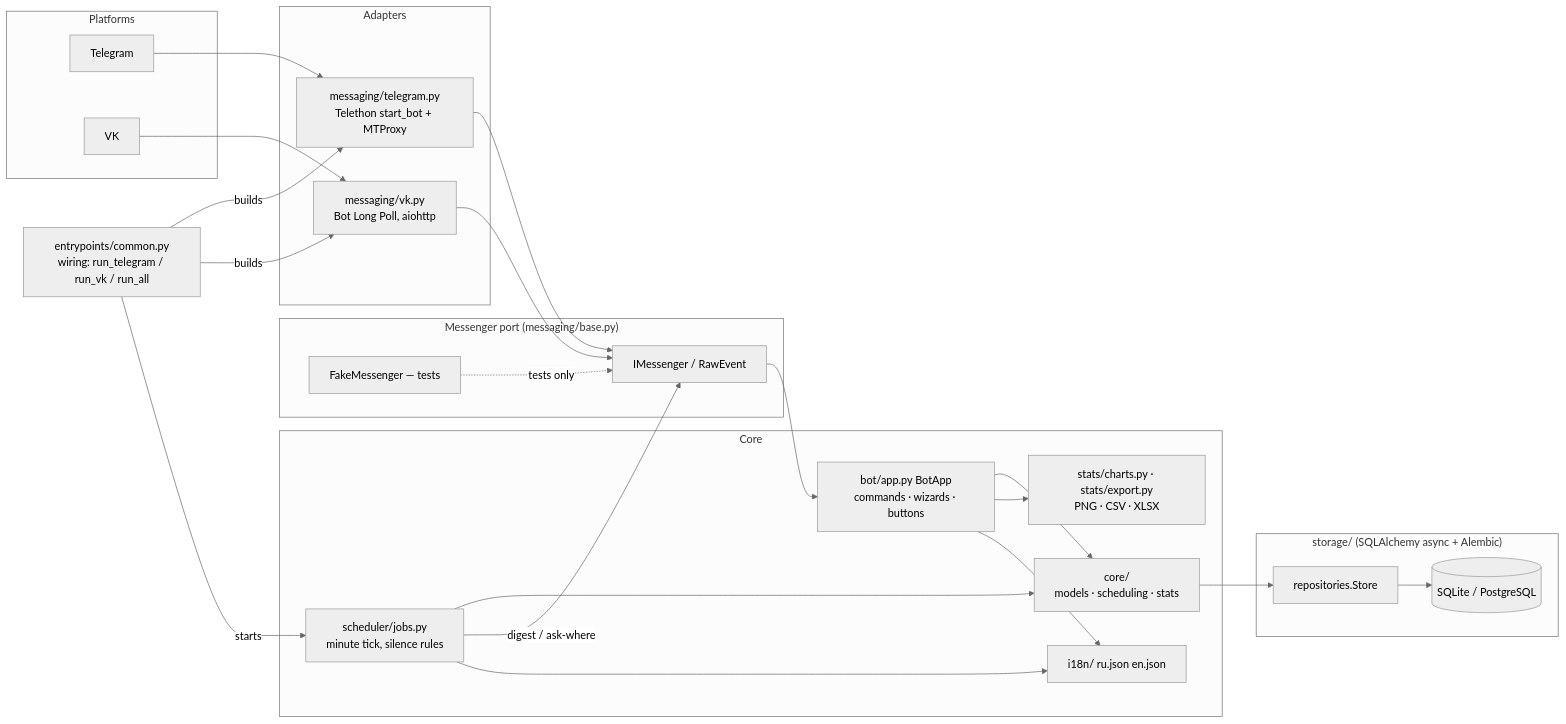
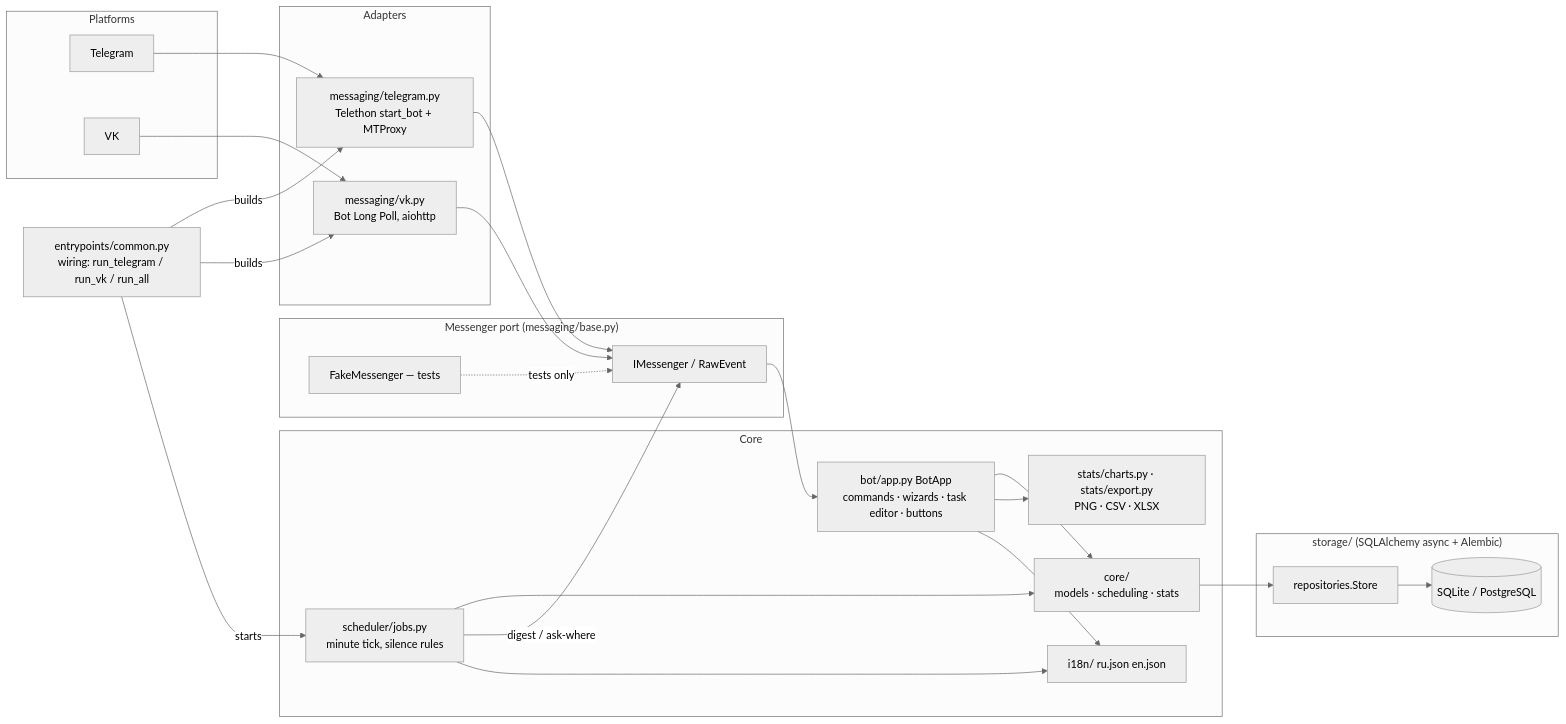
Before and after one commit to edombek/taskshed: the diagram in README.md, drawn with Mermaid (neutral theme). The commit also changed other lines of this file and 16 other files, not shown here.

First line of the commit message:
feat(bot): task editor with per-field editing and past/recurring tabs

````diff
--- a/README.md
+++ b/README.md
@@ -99,46 +104,46 @@
 ```mermaid
 graph LR
     subgraph Platforms
         TG[Telegram]
         VK[VK]
     end
 
     subgraph Adapters
         TGA[messaging/telegram.py<br/>Telethon start_bot + MTProxy]
         VKA[messaging/vk.py<br/>Bot Long Poll, aiohttp]
     end
 
     EP[entrypoints/common.py<br/>wiring: run_telegram / run_vk / run_all]
 
     subgraph Port["Messenger port (messaging/base.py)"]
         P[IMessenger / RawEvent]
         FAKE[FakeMessenger — tests]
     end
 
     subgraph Core
-        H[bot/app.py BotApp<br/>commands · wizards · buttons]
+        H[bot/app.py BotApp<br/>commands · wizards · task editor · buttons]
         C[core/<br/>models · scheduling · stats]
         S[scheduler/jobs.py<br/>minute tick, silence rules]
         ST[stats/charts.py · stats/export.py<br/>PNG · CSV · XLSX]
         I[i18n/ ru.json en.json]
     end
 
     subgraph Storage["storage/ (SQLAlchemy async + Alembic)"]
         R[repositories.Store]
         DB[(SQLite / PostgreSQL)]
     end
 
     TG --> TGA --> P
     VK --> VKA --> P
     FAKE -.tests only.-> P
     EP -->|builds| TGA
     EP -->|builds| VKA
     EP -->|starts| S
     P --> H --> C
     S --> C
     S -->|digest / ask-where| P
     C --> R --> DB
     H --> ST
     H --> I
     S --> I
 ```
````
